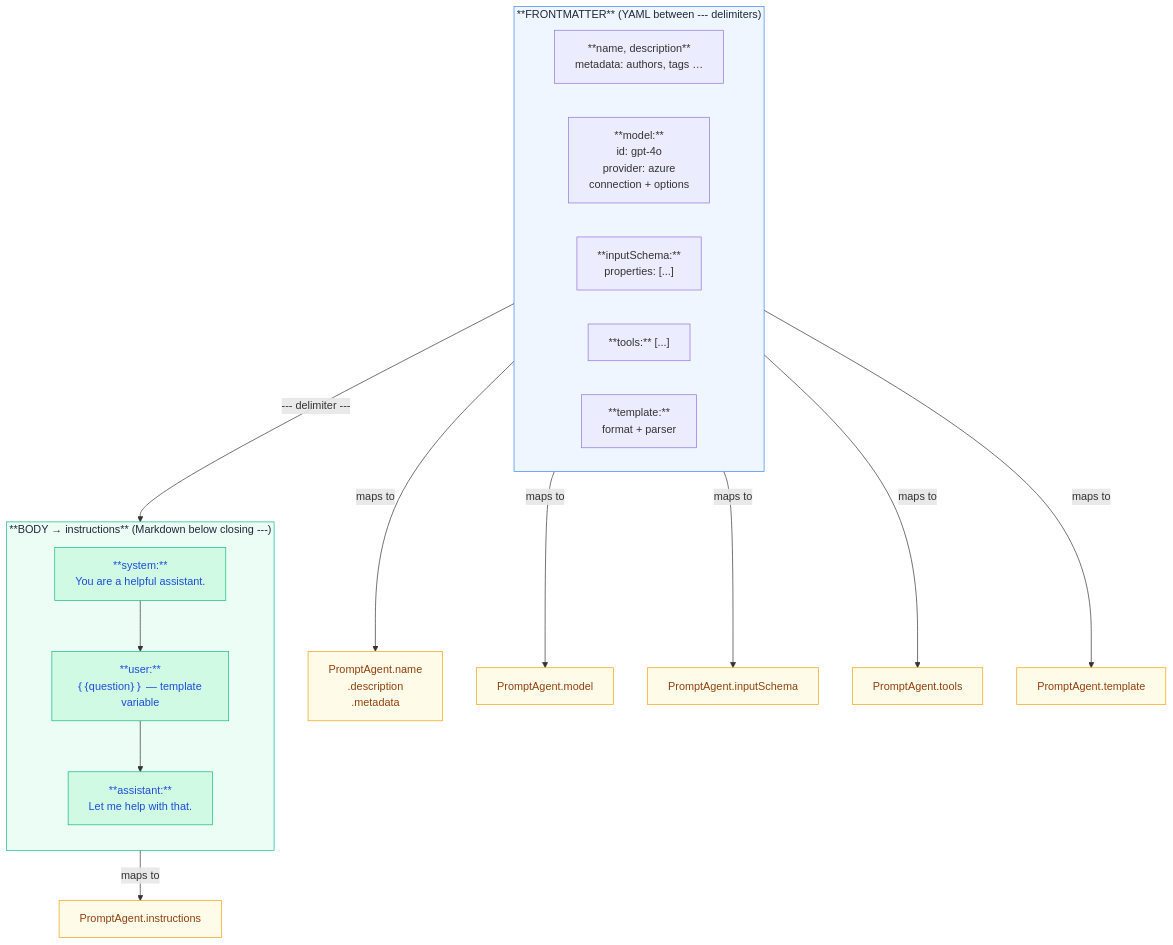
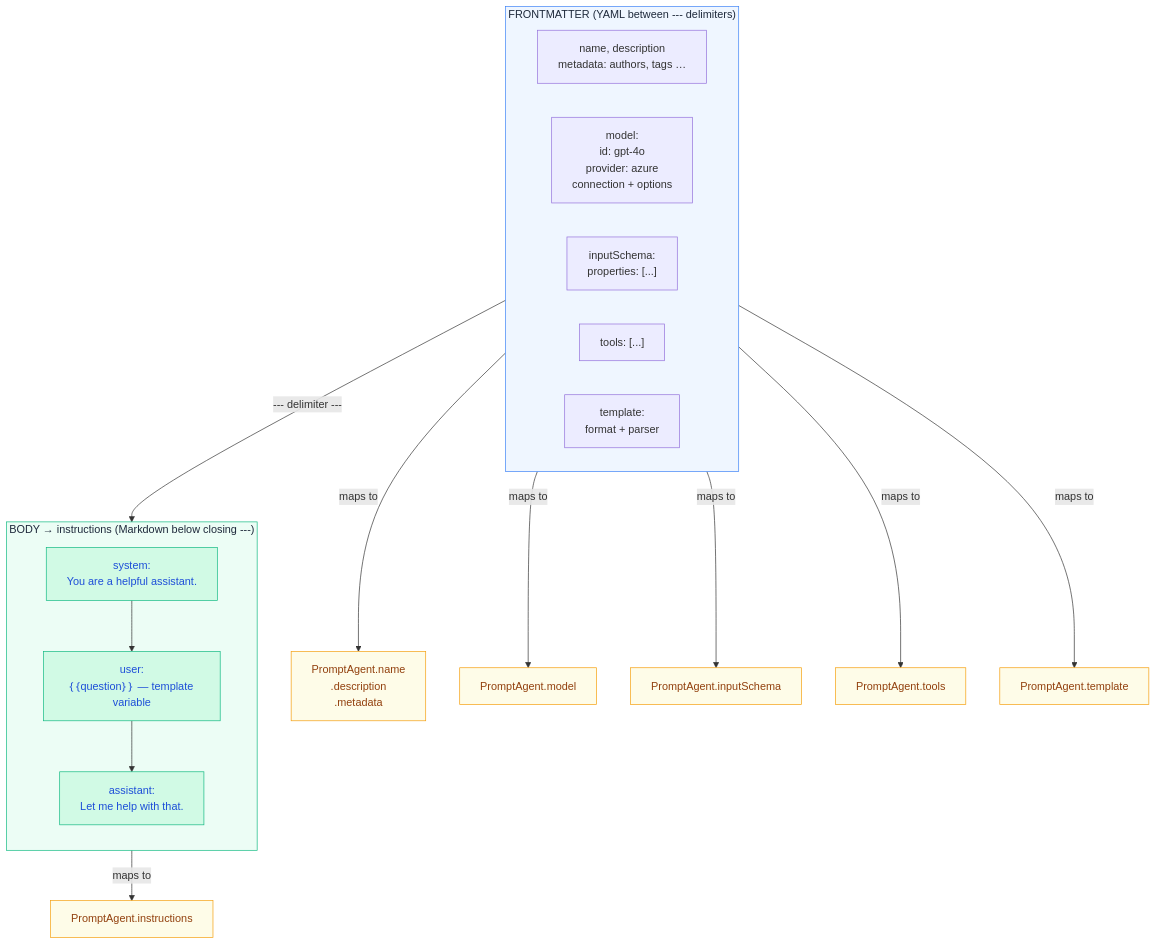
Before and after one commit to microsoft/prompty: the diagram in web/src/content/docs/core-concepts/file-format.mdx, drawn with Mermaid. The commit also changed other lines of this file and 5 other files, not shown here.

First line of the commit message:
fix: remove literal **bold** markers from mermaid diagram labels

````diff
--- a/web/src/content/docs/core-concepts/file-format.mdx
+++ b/web/src/content/docs/core-concepts/file-format.mdx
@@ -33,40 +33,40 @@
 ```mermaid
 flowchart TD
-    subgraph FM["**FRONTMATTER** (YAML between --- delimiters)"]
+    subgraph FM["FRONTMATTER (YAML between --- delimiters)"]
         direction LR
-        Identity["**name, description**\nmetadata: authors, tags …"]
-        ModelCfg["**model:**\nid: gpt-4o\nprovider: azure\nconnection + options"]
-        Inputs["**inputSchema:**\nproperties: [...]"]
-        Tools["**tools:** [...]"]
-        Template["**template:**\nformat + parser"]
+        Identity["name, description\nmetadata: authors, tags …"]
+        ModelCfg["model:\nid: gpt-4o\nprovider: azure\nconnection + options"]
+        Inputs["inputSchema:\nproperties: [...]"]
+        Tools["tools: [...]"]
+        Template["template:\nformat + parser"]
     end
 
-    subgraph Body["**BODY → instructions** (Markdown below closing ---)"]
+    subgraph Body["BODY → instructions (Markdown below closing ---)"]
         direction TB
-        System["**system:**\nYou are a helpful assistant."]
-        User["**user:**\n｛｛question｝｝ — template variable"]
-        Assistant["**assistant:**\nLet me help with that."]
+        System["system:\nYou are a helpful assistant."]
+        User["user:\n｛｛question｝｝ — template variable"]
+        Assistant["assistant:\nLet me help with that."]
         System --> User --> Assistant
     end
 
     FM -- "--- delimiter ---" --> Body
 
     Identity -- maps to --> PA1["PromptAgent.name\n.description\n.metadata"]
     ModelCfg -- maps to --> PA2["PromptAgent.model"]
     Inputs -- maps to --> PA3["PromptAgent.inputSchema"]
     Tools -- maps to --> PA4["PromptAgent.tools"]
     Template -- maps to --> PA5["PromptAgent.template"]
     Body -- maps to --> PA6["PromptAgent.instructions"]
 
     style FM fill:#eff6ff,stroke:#3b82f6,color:#1e293b
     style Body fill:#ecfdf5,stroke:#10b981,color:#1e293b
     style System fill:#d1fae5,stroke:#10b981,color:#1d4ed8
     style User fill:#d1fae5,stroke:#10b981,color:#1d4ed8
     style Assistant fill:#d1fae5,stroke:#10b981,color:#1d4ed8
     style PA1 fill:#fefce8,stroke:#f59e0b,color:#92400e
     style PA2 fill:#fefce8,stroke:#f59e0b,color:#92400e
     style PA3 fill:#fefce8,stroke:#f59e0b,color:#92400e
     style PA4 fill:#fefce8,stroke:#f59e0b,color:#92400e
     style PA5 fill:#fefce8,stroke:#f59e0b,color:#92400e
     style PA6 fill:#fefce8,stroke:#f59e0b,color:#92400e
 ```
````
